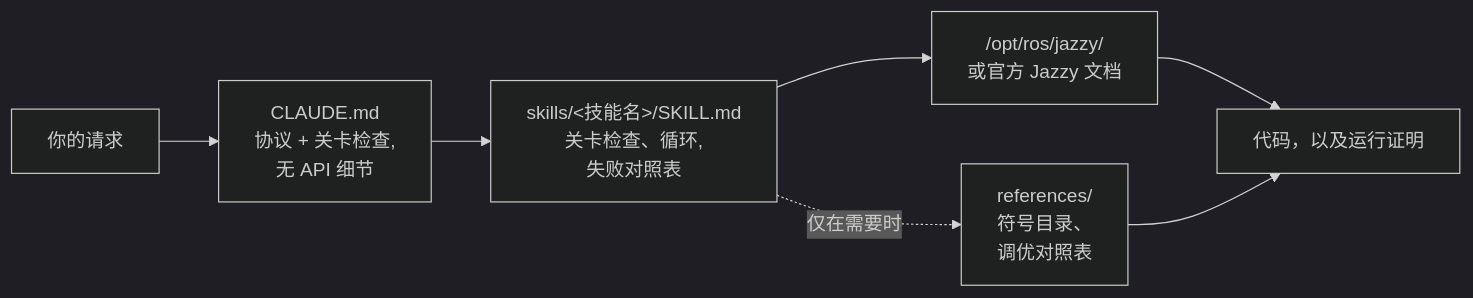
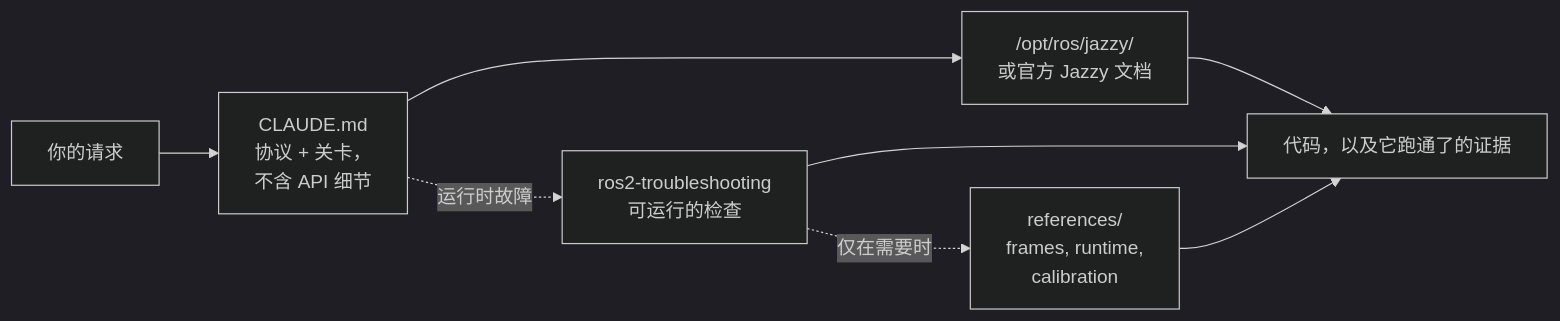
Before and after one commit to Leehyunbin0131/claude-ros2-skills: the diagram in README.zh.md, drawn with Mermaid (dark theme). The commit also changed other lines of this file and 6 other files, not shown here.

````diff
--- a/README.zh.md
+++ b/README.zh.md
@@ -147,9 +164,10 @@
 ```mermaid
 flowchart LR
-    A["你的请求"] --> B["CLAUDE.md<br/>协议 + 关卡检查,<br/>无 API 细节"]
-    B --> C["skills/&lt;技能名&gt;/SKILL.md<br/>关卡检查、循环,<br/>失败对照表"]
-    C --> D["/opt/ros/jazzy/<br/>或官方 Jazzy 文档"]
-    C -.仅在需要时.-> R["references/<br/>符号目录、<br/>调优对照表"]
-    D --> E["代码，以及运行证明"]
+    A["你的请求"] --> B["CLAUDE.md<br/>协议 + 关卡，<br/>不含 API 细节"]
+    B --> D["/opt/ros/jazzy/<br/>或官方 Jazzy 文档"]
+    B -.运行时故障.-> C["ros2-troubleshooting<br/>可运行的检查"]
+    C -.仅在需要时.-> R["references/<br/>frames, runtime,<br/>calibration"]
+    D --> E["代码，以及它跑通了的证据"]
+    C --> E
     R --> E
 ```
````
